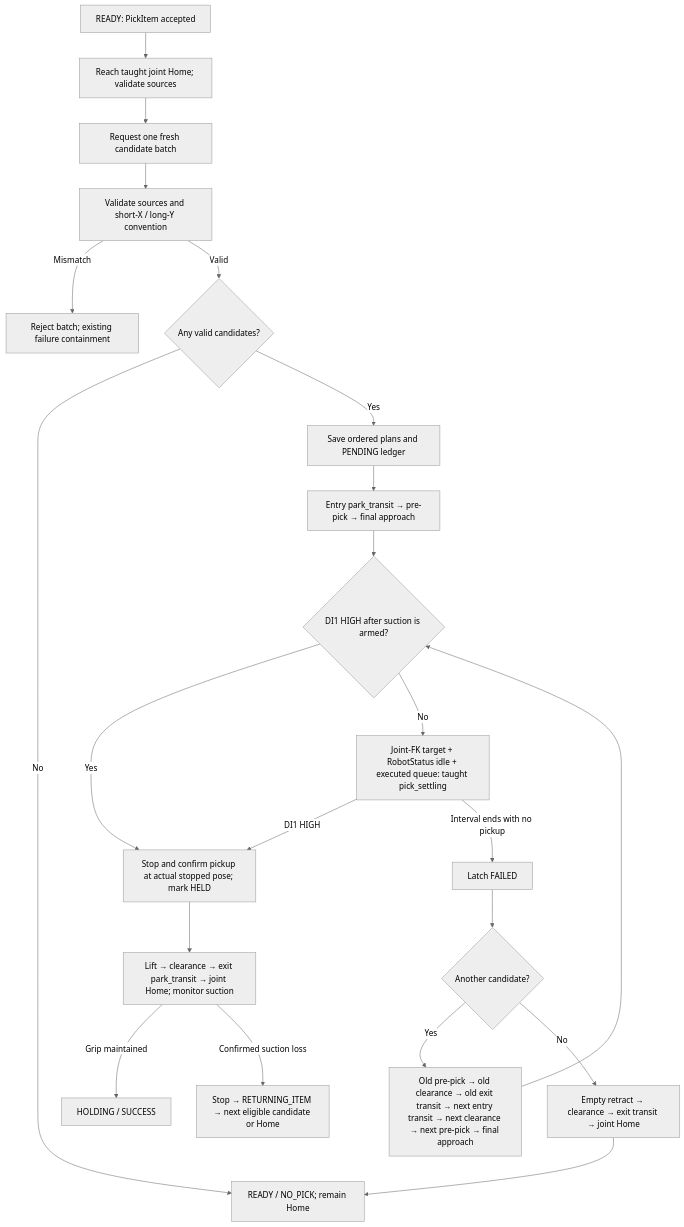
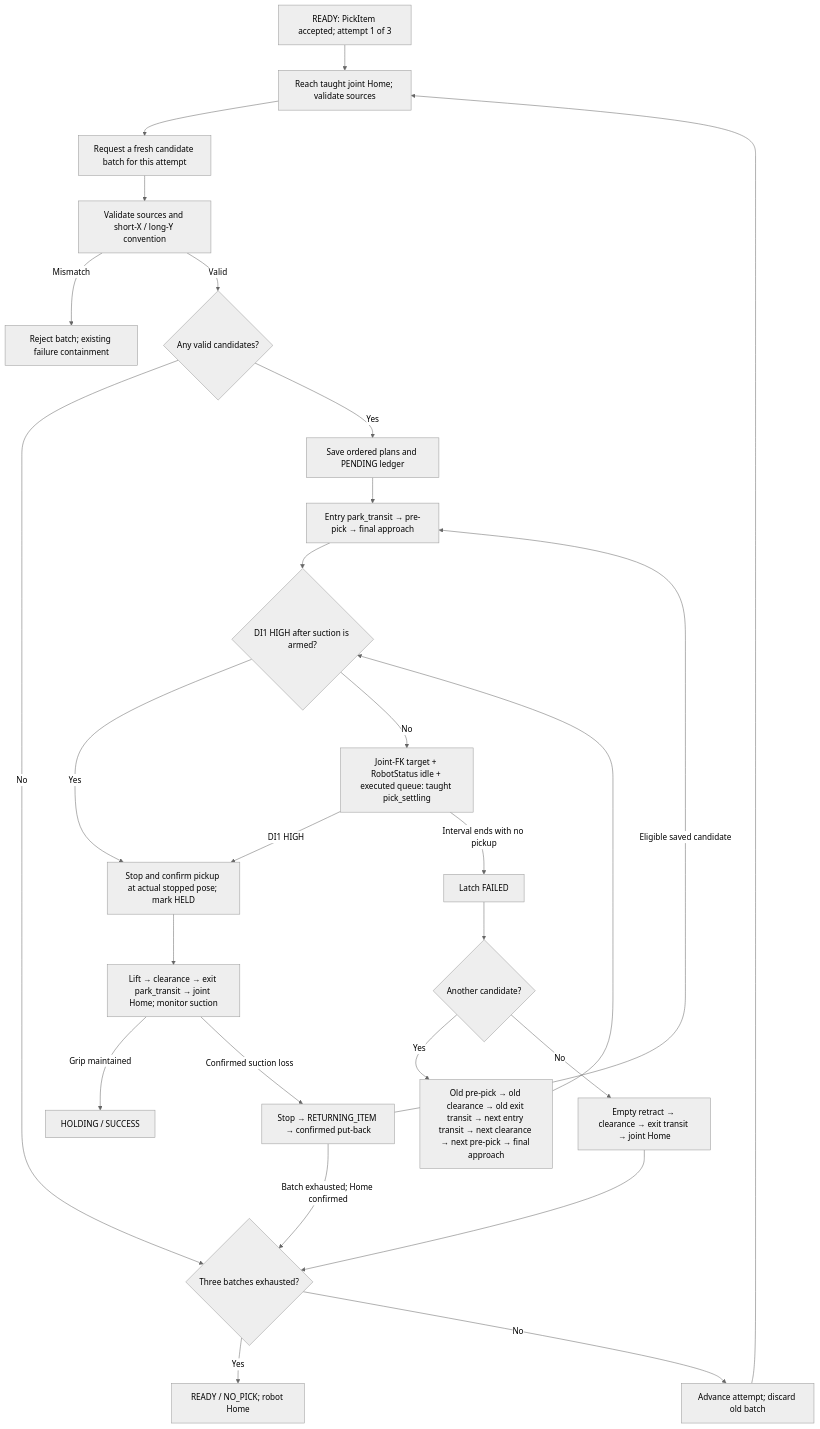
Before and after one commit to esgange/dobot_picknplace_yolo: the second of 7 diagrams in docs/ROBOT_CONTROLLER_FSM.md, drawn with Mermaid (neutral theme). The commit also changed other lines of this file and 15 other files, not shown here.

Commit message:
Limit Pick batches and tray observations to three attempts

````diff
--- a/docs/ROBOT_CONTROLLER_FSM.md
+++ b/docs/ROBOT_CONTROLLER_FSM.md
@@ -191,24 +198,29 @@
 ```mermaid
 flowchart TD
-    Request["READY: PickItem accepted"] --> Home["Reach taught joint Home; validate sources"]
-    Home --> Detect["Request one fresh candidate batch"]
+    Request["READY: PickItem accepted; attempt 1 of 3"] --> Home["Reach taught joint Home; validate sources"]
+    Home --> Detect["Request a fresh candidate batch for this attempt"]
     Detect --> Validate["Validate sources and short-X / long-Y convention"]
     Validate -->|Mismatch| Reject["Reject batch; existing failure containment"]
     Validate -->|Valid| Any{"Any valid candidates?"}
-    Any -->|No| Empty["READY / NO_PICK; remain Home"]
+    Any -->|No| Limit{"Three batches exhausted?"}
+    Limit -->|Yes| Empty["READY / NO_PICK; robot Home"]
+    Limit -->|No| Next["Advance attempt; discard old batch"]
+    Next --> Home
     Any -->|Yes| Plan["Save ordered plans and PENDING ledger"]
     Plan --> Entry["Entry park_transit → pre-pick → final approach"]
     Entry --> Sense{"DI1 HIGH after suction is armed?"}
     Sense -->|Yes| Acquire["Stop and confirm pickup at actual stopped pose; mark HELD"]
     Sense -->|No| Settle["Joint-FK target + RobotStatus idle + executed queue: taught pick_settling"]
     Settle -->|DI1 HIGH| Acquire
     Settle -->|Interval ends with no pickup| Miss["Latch FAILED"]
     Acquire --> HeldReturn["Lift → clearance → exit park_transit → joint Home; monitor suction"]
     HeldReturn -->|Grip maintained| Success["HOLDING / SUCCESS"]
-    HeldReturn -->|Confirmed suction loss| PutBack["Stop → RETURNING_ITEM → next eligible candidate or Home"]
+    HeldReturn -->|Confirmed suction loss| PutBack["Stop → RETURNING_ITEM → confirmed put-back"]
+    PutBack -->|Eligible saved candidate| Entry
+    PutBack -->|Batch exhausted; Home confirmed| Limit
     Miss --> More{"Another candidate?"}
     More -->|Yes| Retry["Old pre-pick → old clearance → old exit transit → next entry transit → next clearance → next pre-pick → final approach"]
     Retry --> Sense
     More -->|No| Exhausted["Empty retract → clearance → exit transit → joint Home"]
-    Exhausted --> Empty
+    Exhausted --> Limit
 ```
````
